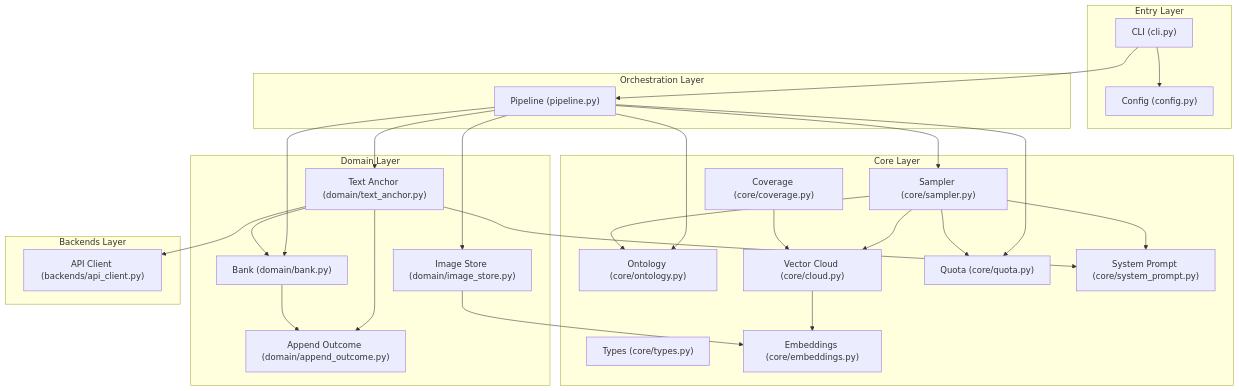
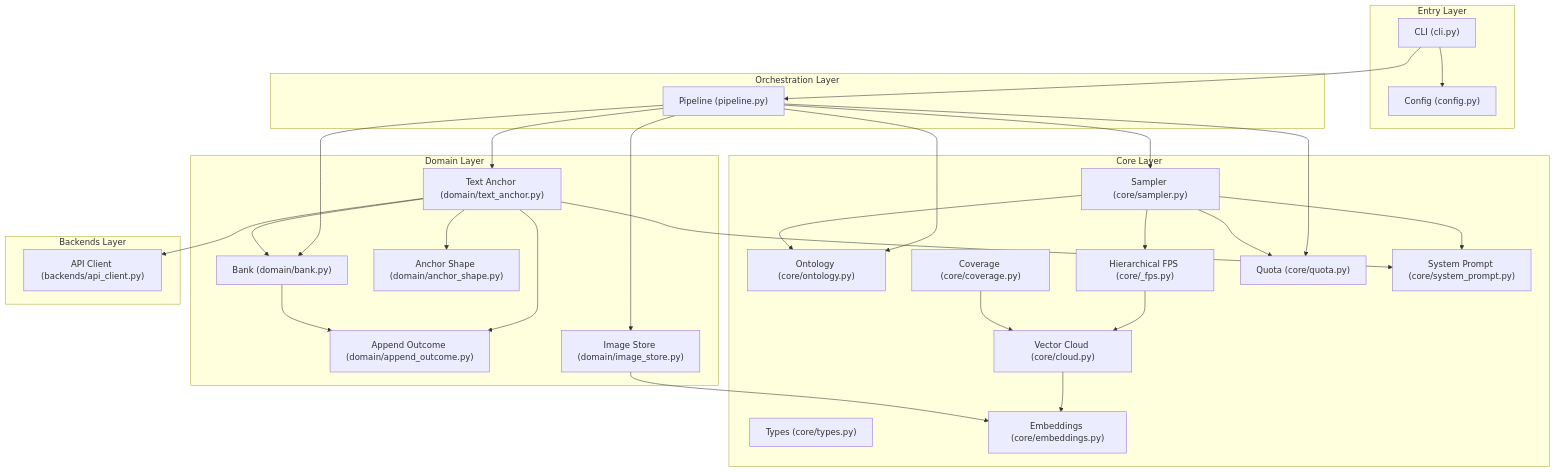
One commit to godthrone/anchor-replay-distillation changed the first of 10 diagrams in docs/architecture.md. Above: the diagram before and after it, drawn with Mermaid. The commit also changed other lines of this file, not shown here.

First line of the commit message:
docs(architecture): align module map and appendix with src/ard, sink impl details

````diff
--- a/docs/architecture.md
+++ b/docs/architecture.md
@@ -73,54 +147,58 @@
 ```mermaid
 graph TD
     subgraph "Entry Layer"
         CLI["CLI (cli.py)"]
         CFG["Config (config.py)"]
     end
 
     subgraph "Orchestration Layer"
         PL["Pipeline (pipeline.py)"]
     end
 
     subgraph "Core Layer"
         TY["Types (core/types.py)"]
         ON["Ontology (core/ontology.py)"]
         EM["Embeddings (core/embeddings.py)"]
         CL["Vector Cloud (core/cloud.py)"]
         CV["Coverage (core/coverage.py)"]
+        FP["Hierarchical FPS (core/_fps.py)"]
         SM["Sampler (core/sampler.py)"]
         QT["Quota (core/quota.py)"]
         SP["System Prompt (core/system_prompt.py)"]
     end
 
     subgraph "Domain Layer"
         TA["Text Anchor (domain/text_anchor.py)"]
         BK["Bank (domain/bank.py)"]
         AO["Append Outcome (domain/append_outcome.py)"]
+        SH["Anchor Shape (domain/anchor_shape.py)"]
         IS["Image Store (domain/image_store.py)"]
     end
 
     subgraph "Backends Layer"
         API["API Client (backends/api_client.py)"]
     end
 
     CLI --> CFG
     CLI --> PL
     PL --> TA
     PL --> IS
     PL --> SM
     PL --> ON
     PL --> BK
     PL --> QT
     TA --> API
     TA --> BK
+    TA --> SH
     TA --> SP
     TA --> AO
     SM --> ON
     SM --> QT
     SM --> SP
-    SM --> CL
+    SM --> FP
+    FP --> CL
     CL --> EM
     CV --> CL
     BK --> AO
     IS --> EM
 ```
````
